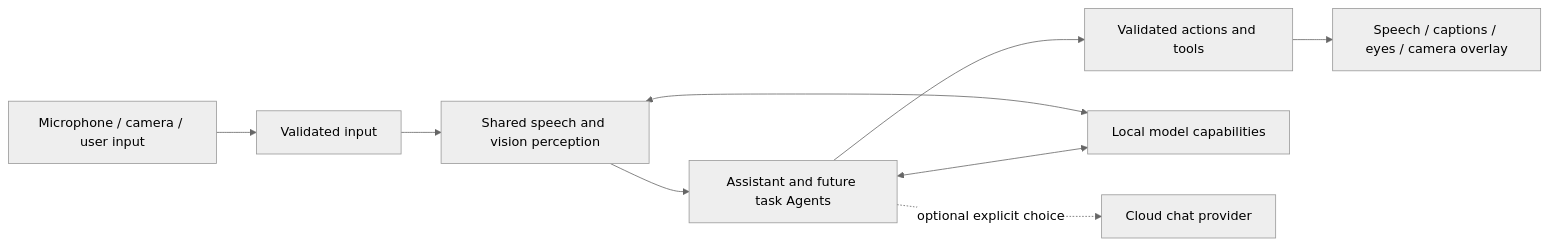
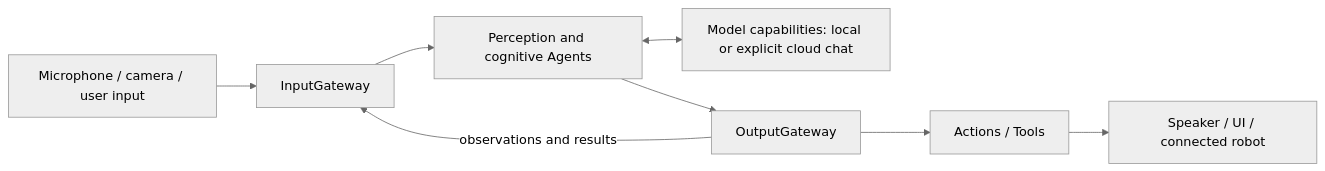
One commit to devilyouwei/MobileHarness changed the diagram in docs/Architecture.md. Above: the diagram before and after it, drawn with Mermaid (neutral theme). The commit also changed other lines of this file and 15 other files, not shown here.

````diff
--- a/docs/Architecture.md
+++ b/docs/Architecture.md
@@ -8,11 +5,10 @@
 ```mermaid
 flowchart LR
-    World[Microphone / camera / user input] --> Input[Validated input]
-    Input --> Perception[Shared speech and vision perception]
-    Perception --> Decisions[Assistant and future task Agents]
-    Decisions --> Output[Validated actions and tools]
-    Output --> Phone[Speech / captions / eyes / camera overlay]
-    Perception <--> Models[Local model capabilities]
-    Decisions <--> Models
-    Decisions -. optional explicit choice .-> Cloud[Cloud chat provider]
+    Devices[Microphone / camera / user input] --> Input[InputGateway]
+    Input --> Agents[Perception and cognitive Agents]
+    Agents <--> Models[Model capabilities: local or explicit cloud chat]
+    Agents --> Output[OutputGateway]
+    Output --> Behaviors[Actions / Tools]
+    Behaviors --> Effects[Speaker / UI / connected robot]
+    Output -->|observations and results| Input
 ```
````
